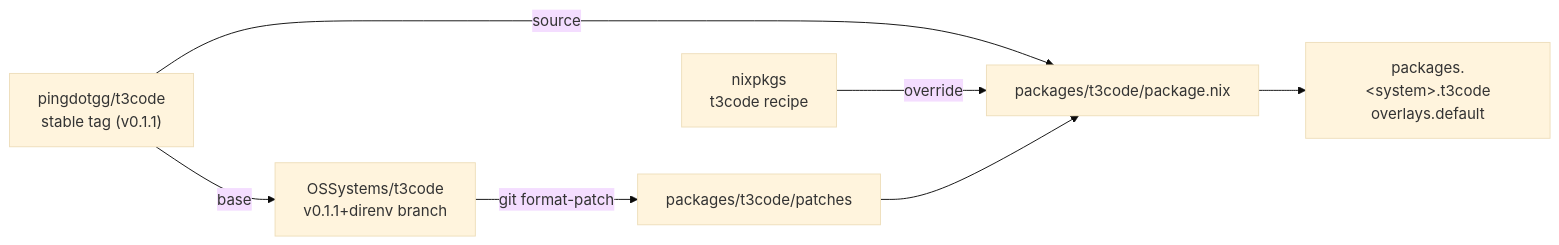
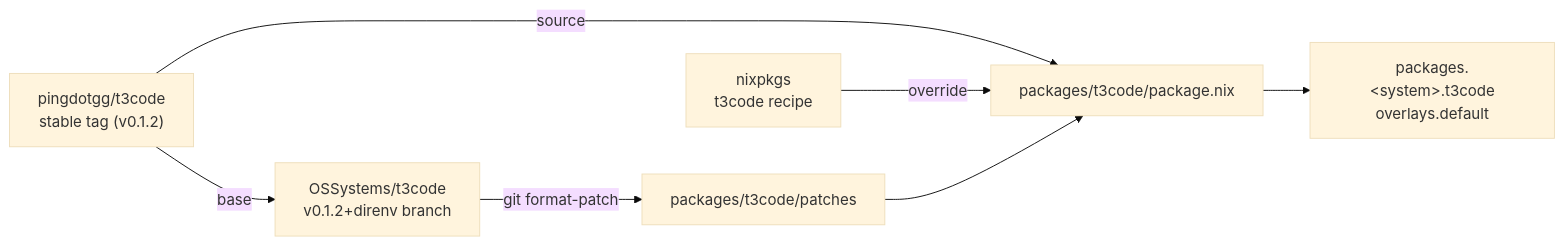
Before and after one commit to OSSystems/t3code-nix: the diagram in README.md, drawn with Mermaid (base theme). The commit also changed 3 other files, not shown here.

````diff
--- a/README.md
+++ b/README.md
@@ -15,16 +15,16 @@
 ```mermaid
 flowchart LR
-  upstream["pingdotgg/t3code<br/>stable tag (v0.1.1)"]
-  fork["OSSystems/t3code<br/>v0.1.1+direnv branch"]
+  upstream["pingdotgg/t3code<br/>stable tag (v0.1.2)"]
+  fork["OSSystems/t3code<br/>v0.1.2+direnv branch"]
   recipe["nixpkgs<br/>t3code recipe"]
   patches["packages/t3code/patches"]
   pkg["packages/t3code/package.nix"]
   out["packages.&lt;system&gt;.t3code<br/>overlays.default"]
 
   upstream -- "base" --> fork
   fork -- "git format-patch" --> patches
   upstream -- "source" --> pkg
   recipe -- "override" --> pkg
   patches --> pkg
   pkg --> out
 ```
````
